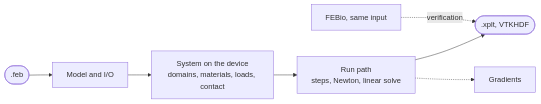
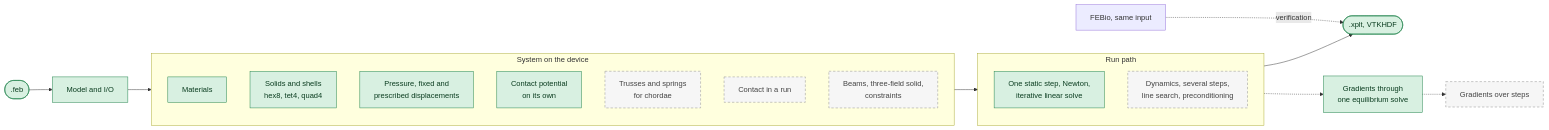
Before and after one commit to JolleyLab/FEBio-Warp-Python: the diagram in README.md, drawn with Mermaid. The commit also changed other lines of this file and 4 other files, not shown here.

First line of the commit message:
README: one design and status table, diagram links, a Try it block

````diff
--- a/README.md
+++ b/README.md
@@ -36,9 +48,27 @@
 ```mermaid
 flowchart LR
-    feb([".feb"]) --> model["Model and I/O"]
-    model --> system["System on the device<br/>domains, materials, loads, contact"]
-    system --> run["Run path<br/>steps, Newton, linear solve"]
-    run --> results([".xplt, VTKHDF"])
-    run -.-> grad["Gradients"]
+    feb([".feb"]):::done --> model["Model and I/O"]:::done
+    model --> system
+    subgraph system["System on the device"]
+        direction TB
+        mat["Materials"]:::done
+        elem["Solids and shells<br/>hex8, tet4, quad4"]:::done
+        loads["Pressure, fixed and<br/>prescribed displacements"]:::done
+        pot["Contact potential<br/>on its own"]:::done
+        chord["Trusses and springs<br/>for chordae"]:::todo
+        inrun["Contact in a run"]:::todo
+        beams["Beams, three-field solid,<br/>constraints"]:::todo
+    end
+    system --> run
+    subgraph run["Run path"]
+        direction TB
+        static["One static step, Newton,<br/>iterative linear solve"]:::done
+        dyn["Dynamics, several steps,<br/>line search, preconditioning"]:::todo
+    end
+    run --> results([".xplt, VTKHDF"]):::done
+    run -.-> grad["Gradients through<br/>one equilibrium solve"]:::done
+    grad -.-> traj["Gradients over steps"]:::todo
     febio["FEBio, same input"] -.->|verification| results
+    classDef done fill:#d8f0e1,stroke:#1a7f47,color:#0b3d20
+    classDef todo fill:#f6f6f6,stroke:#8a8a8a,color:#444444,stroke-dasharray:5 4
 ```
````
